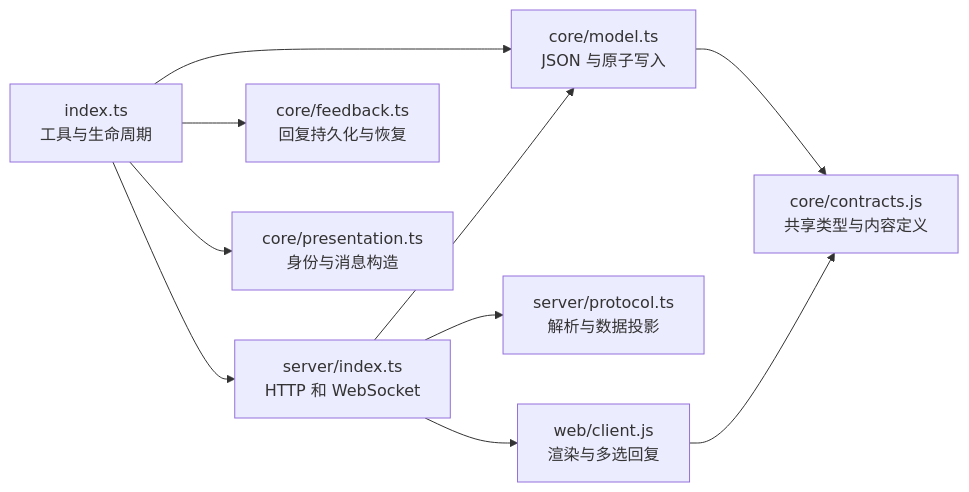
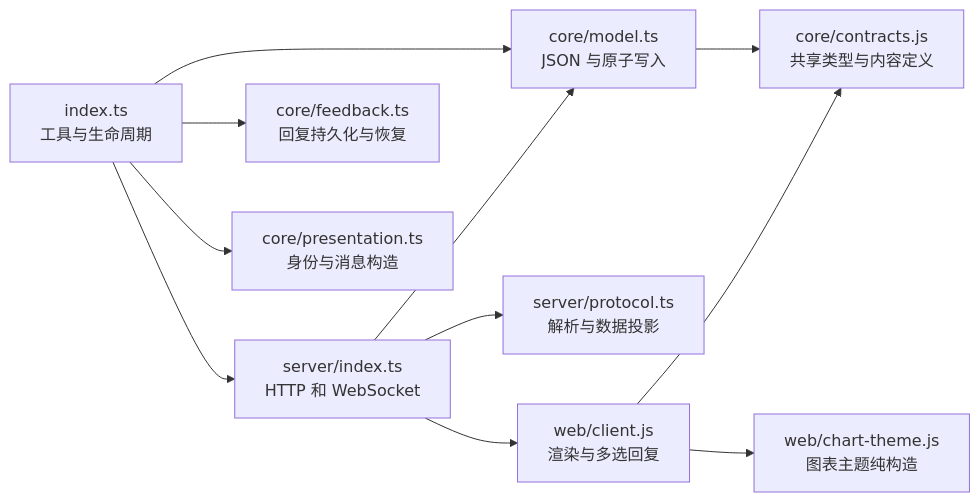
The first of 2 diagrams in extensions/canvas-note/docs/architecture.md (aqua2k1/pi-kits), drawn with Mermaid before and after one commit. The commit also changed other lines of this file and 11 other files, not shown here.

Commit message:
feat(canvas-note): add adaptive chart themes for screen and print

````diff
--- a/extensions/canvas-note/docs/architecture.md
+++ b/extensions/canvas-note/docs/architecture.md
@@ -7,12 +7,13 @@
 ```mermaid
 flowchart LR
   index["index.ts<br/>工具与生命周期"] --> model["core/model.ts<br/>JSON 与原子写入"]
   index --> server["server/index.ts<br/>HTTP 和 WebSocket"]
   index --> feedback["core/feedback.ts<br/>回复持久化与恢复"]
   index --> presentation["core/presentation.ts<br/>身份与消息构造"]
   server --> protocol["server/protocol.ts<br/>解析与数据投影"]
   server --> model
   server --> client["web/client.js<br/>渲染与多选回复"]
   model --> contracts["core/contracts.js<br/>共享类型与内容定义"]
   client --> contracts
+  client --> chartTheme["web/chart-theme.js<br/>图表主题纯构造"]
 ```
````
